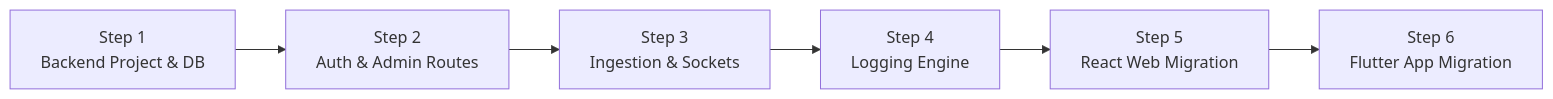
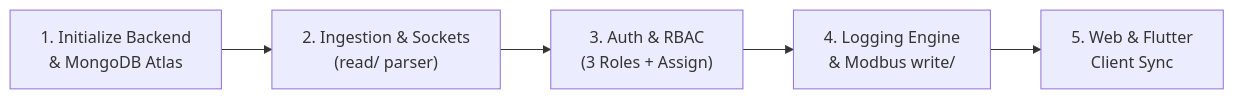
One commit to tapgit-web/Power changed the second of 2 diagrams in IMPLEMENTATION_PLAN.md. Above: the diagram before and after it, drawn with Mermaid. The commit also changed other lines of this file, not shown here.

Commit message:
Update Implementation Plan with MongoDB Atlas schema and SAFC_M33 read/write protocol

````diff
--- a/IMPLEMENTATION_PLAN.md
+++ b/IMPLEMENTATION_PLAN.md
@@ -234,8 +317,7 @@
 ```mermaid
 flowchart LR
-    Step1["Step 1\nBackend Project & DB"] --> Step2["Step 2\nAuth & Admin Routes"]
-    Step2 --> Step3["Step 3\nIngestion & Sockets"]
-    Step3 --> Step4["Step 4\nLogging Engine"]
-    Step4 --> Step5["Step 5\nReact Web Migration"]
-    Step5 --> Step6["Step 6\nFlutter App Migration"]
+    S1["1. Initialize Backend\n& MongoDB Atlas"] --> S2["2. Ingestion & Sockets\n(read/ parser)"]
+    S2 --> S3["3. Auth & RBAC\n(3 Roles + Assign)"]
+    S3 --> S4["4. Logging Engine\n& Modbus write/"]
+    S4 --> S5["5. Web & Flutter\nClient Sync"]
 ```
````
